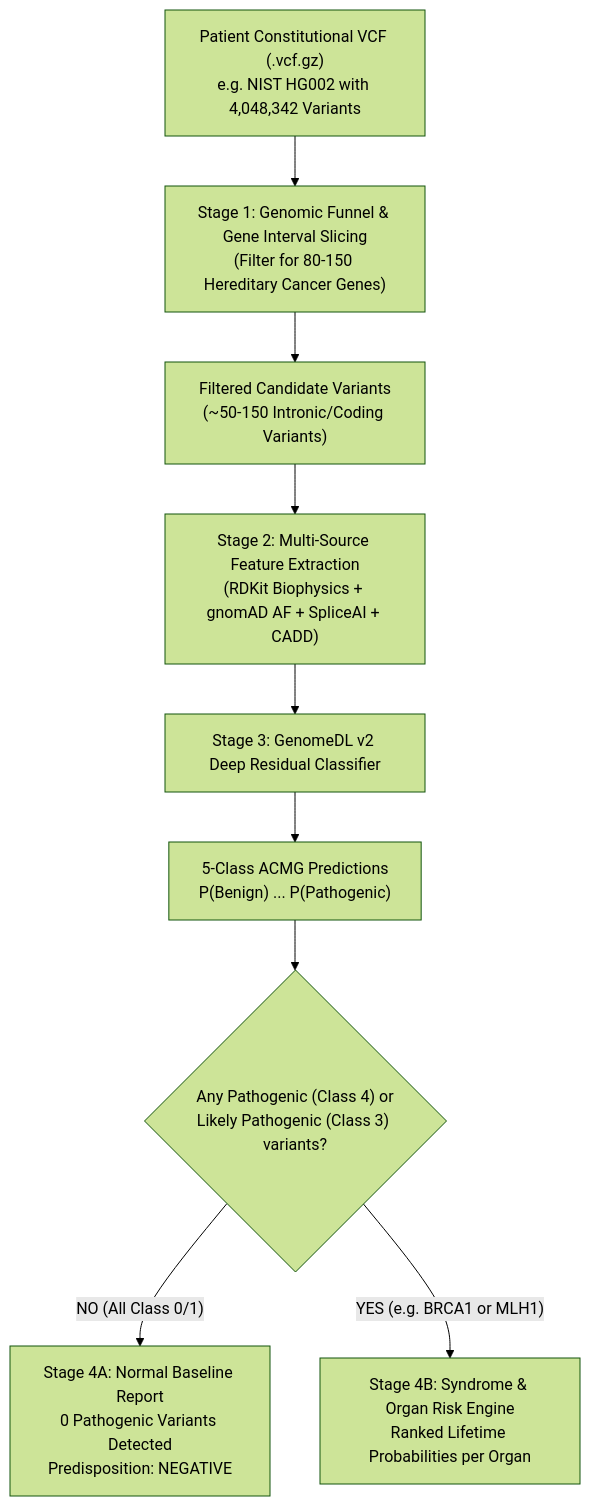
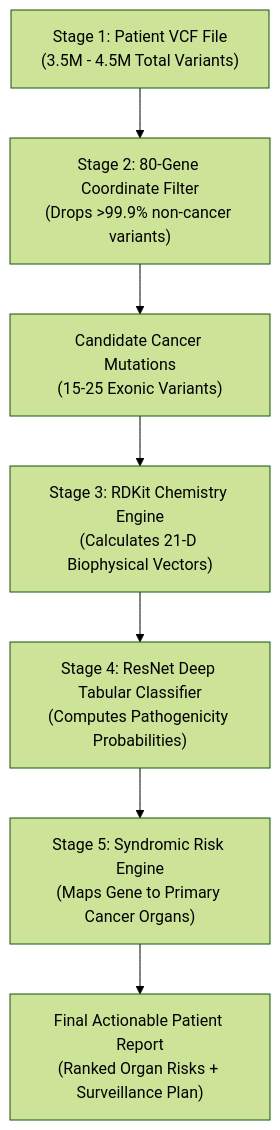
One commit to anishgupta07/Deep-Learning-project changed the diagram in README.md. Above: the diagram before and after it, drawn with Mermaid (forest theme). The commit also changed other lines of this file, not shown here.

````diff
--- a/README.md
+++ b/README.md
@@ -216,11 +154,9 @@
 ```mermaid
 flowchart TD
-    A["Patient Constitutional VCF (.vcf.gz)<br/>e.g. NIST HG002 with 4,048,342 Variants"] --> B["Stage 1: Genomic Funnel & Gene Interval Slicing<br/>(Filter for 80-150 Hereditary Cancer Genes)"]
-    B --> C["Filtered Candidate Variants<br/>(~50-150 Intronic/Coding Variants)"]
-    C --> D["Stage 2: Multi-Source Feature Extraction<br/>(RDKit Biophysics + gnomAD AF + SpliceAI + CADD)"]
-    D --> E["Stage 3: GenomeDL v2 Deep Residual Classifier"]
-    E --> F["5-Class ACMG Predictions<br/>P(Benign) ... P(Pathogenic)"]
-    F --> G{"Any Pathogenic (Class 4) or<br/>Likely Pathogenic (Class 3) variants?"}
-    G -- "NO (All Class 0/1)" --> H["Stage 4A: Normal Baseline Report<br/>0 Pathogenic Variants Detected<br/>Predisposition: NEGATIVE"]
-    G -- "YES (e.g. BRCA1 or MLH1)" --> I["Stage 4B: Syndrome & Organ Risk Engine<br/>Ranked Lifetime Probabilities per Organ"]
+    A["Stage 1: Patient VCF File<br/>(3.5M - 4.5M Total Variants)"] --> B["Stage 2: 80-Gene Coordinate Filter<br/>(Drops >99.9% non-cancer variants)"]
+    B --> C["Candidate Cancer Mutations<br/>(15-25 Exonic Variants)"]
+    C --> D["Stage 3: RDKit Chemistry Engine<br/>(Calculates 21-D Biophysical Vectors)"]
+    D --> E["Stage 4: ResNet Deep Tabular Classifier<br/>(Computes Pathogenicity Probabilities)"]
+    E --> F["Stage 5: Syndromic Risk Engine<br/>(Maps Gene to Primary Cancer Organs)"]
+    F --> G["Final Actionable Patient Report<br/>(Ranked Organ Risks + Surveillance Plan)"]
 ```
````
